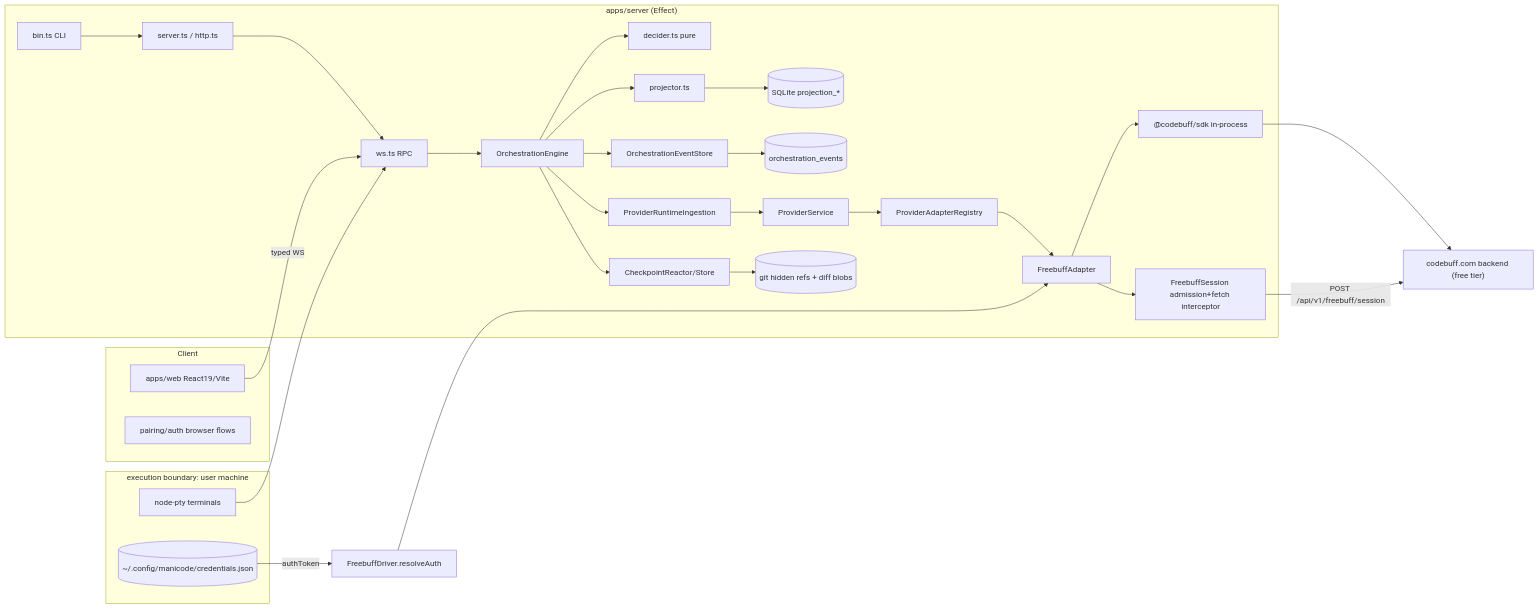
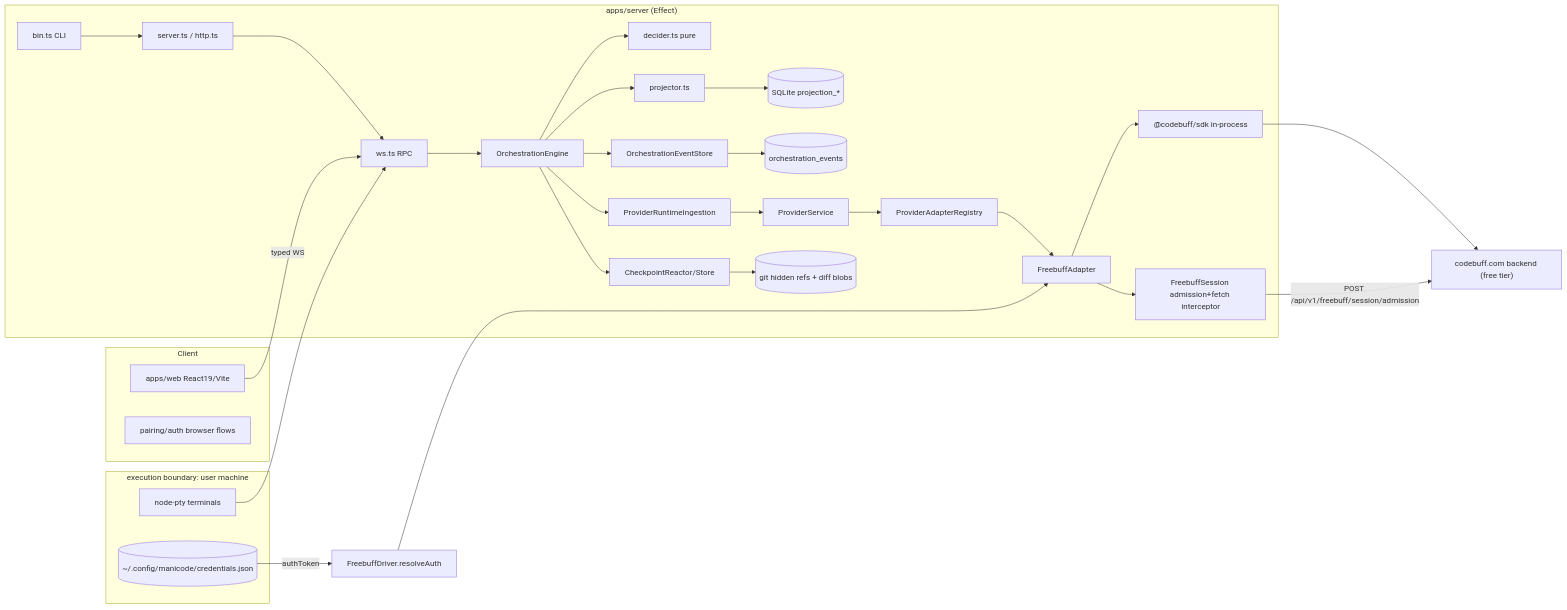
One commit to 10xdev4u-alt/openbuff changed the diagram in docs/KNOWLEDGE_GRAPH.md. Above: the diagram before and after it, drawn with Mermaid. The commit also changed other lines of this file, not shown here.

Commit message:
docs: correct admission path refs

````diff
--- a/docs/KNOWLEDGE_GRAPH.md
+++ b/docs/KNOWLEDGE_GRAPH.md
@@ -87,41 +87,41 @@
 ```mermaid
 flowchart LR
   subgraph Client
     WEB["apps/web React19/Vite"]
     CLIUI["pairing/auth browser flows"]
   end
 
   subgraph Server["apps/server (Effect)"]
     BIN["bin.ts CLI"] --> SRV["server.ts / http.ts"]
     SRV --> WS["ws.ts RPC"]
     WS --> ENG["OrchestrationEngine"]
     ENG --> DEC["decider.ts pure"]
     ENG --> PRJ["projector.ts"]
     ENG --> STORE["OrchestrationEventStore"]
     PRJ --> SQL[("SQLite projection_*")]
     STORE --> SQL2[("orchestration_events")]
     ENG --> RT["ProviderRuntimeIngestion"]
     RT --> PS["ProviderService"]
     PS --> REG["ProviderAdapterRegistry"]
     REG --> AD["FreebuffAdapter"]
     AD --> SDK["@codebuff/sdk in-process"]
     AD --> FS["FreebuffSession admission+fetch interceptor"]
     ENG --> CK["CheckpointReactor/Store"]
     CK --> GIT[("git hidden refs + diff blobs")]
   end
 
   subgraph Machine["execution boundary: user machine"]
     GIT
     SQL
     SQL2
     PTY["node-pty terminals"]
     CRED[("~/.config/manicode/credentials.json")]
   end
 
   SDK --> CB["codebuff.com backend (free tier)"]
-  FS -->|POST /api/v1/freebuff/session| CB
+  FS -->|POST /api/v1/freebuff/session/admission| CB
   CRED -->|authToken| DRV["FreebuffDriver.resolveAuth"]
   DRV --> AD
   WEB -->|typed WS| WS
   PTY --> WS
 ```
````
